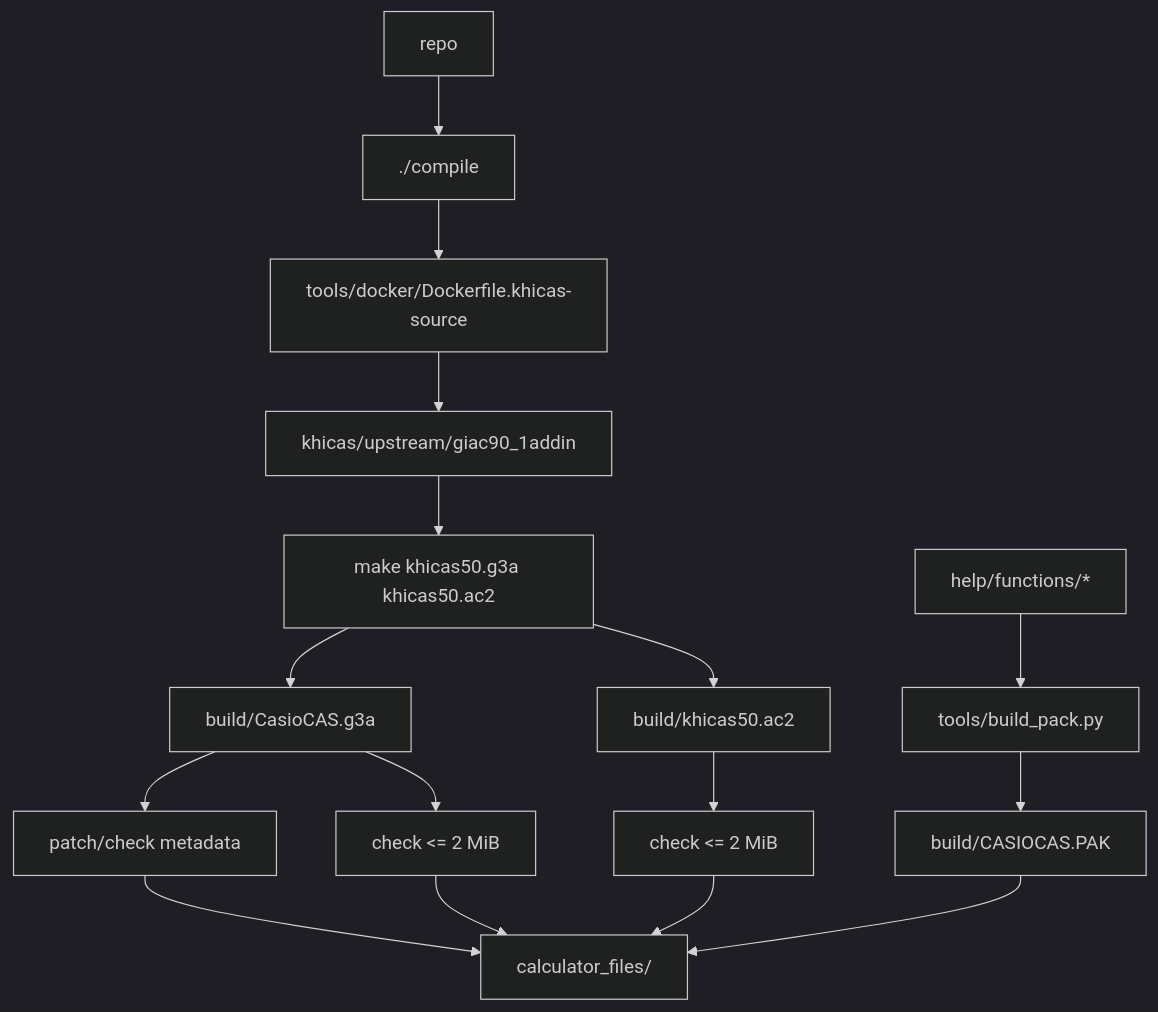
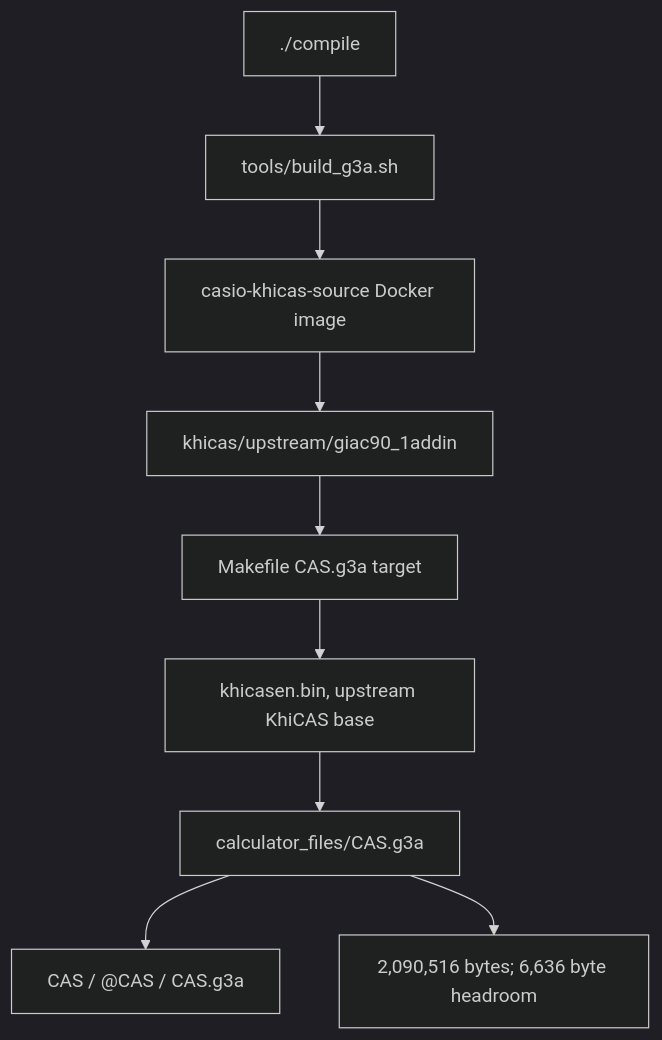
The first of 5 diagrams in docs/GRAPH.md (james8464/notes-addin-casio-fx-cg50), drawn with Mermaid (dark theme) before and after one commit. The commit also changed other lines of this file and 349 other files, not shown here.

````diff
--- a/docs/GRAPH.md
+++ b/docs/GRAPH.md
@@ -7,18 +7,11 @@
 ```mermaid
 graph TD
-  Root["repo"] --> Compile["./compile"]
-  Compile --> Docker["tools/docker/Dockerfile.khicas-source"]
+  Compile["./compile"] --> Build["tools/build_g3a.sh"]
+  Build --> Docker["casio-khicas-source Docker image"]
   Docker --> Src["khicas/upstream/giac90_1addin"]
-  Src --> Make["make khicas50.g3a khicas50.ac2"]
-  Make --> G3A["build/CasioCAS.g3a"]
-  Make --> AC2["build/khicas50.ac2"]
-  G3A --> Meta["patch/check metadata"]
-  G3A --> Size["check <= 2 MiB"]
-  AC2 --> RamSize["check <= 2 MiB"]
-  Help["help/functions/*"] --> Pack["tools/build_pack.py"]
-  Pack --> PAK["build/CASIOCAS.PAK"]
-  Meta --> Transfer["calculator_files/"]
-  Size --> Transfer
-  RamSize --> Transfer
-  PAK --> Transfer
+  Src --> Make["Makefile CAS.g3a target"]
+  Make --> Bin["khicasen.bin, upstream KhiCAS base"]
+  Bin --> G3A["calculator_files/CAS.g3a"]
+  G3A --> Meta["CAS / @CAS / CAS.g3a"]
+  G3A --> Size["2,090,516 bytes; 6,636 byte headroom"]
 ```
````
